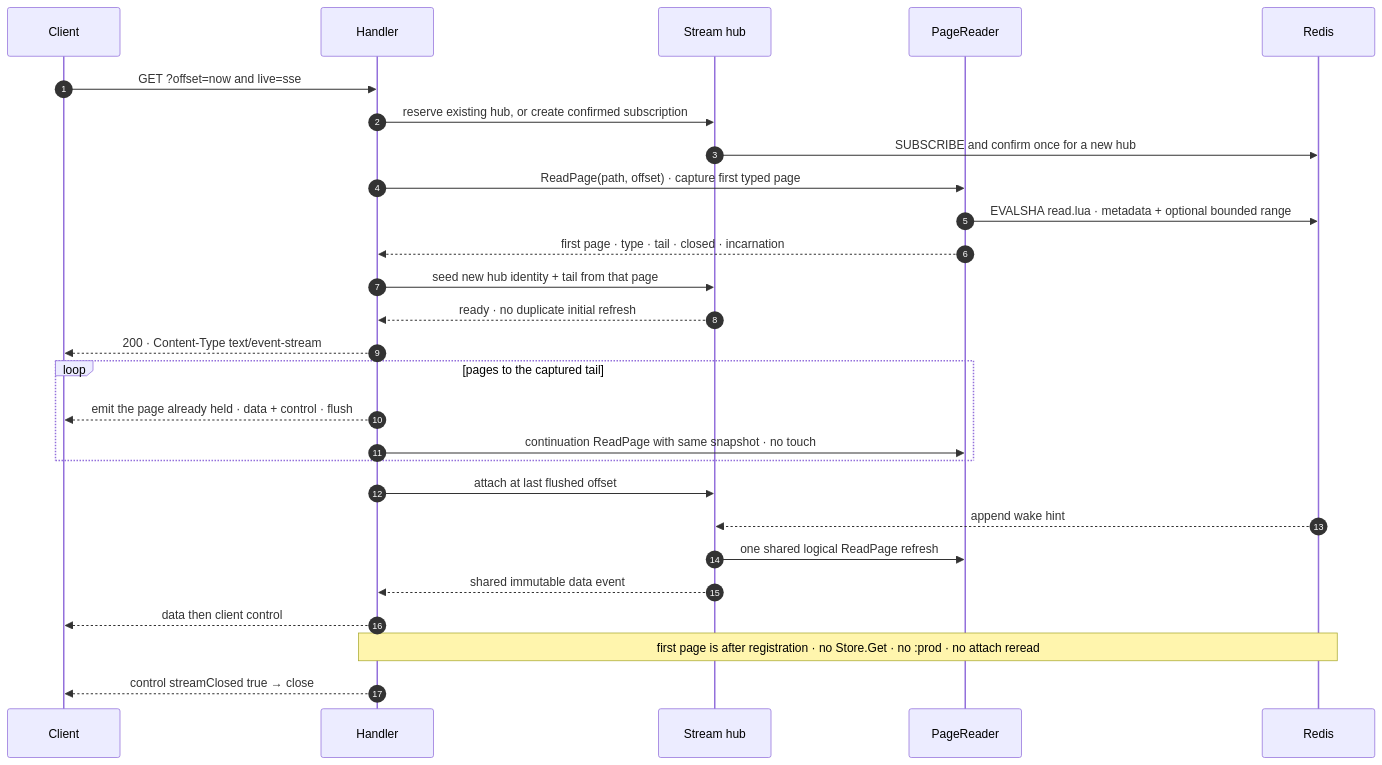
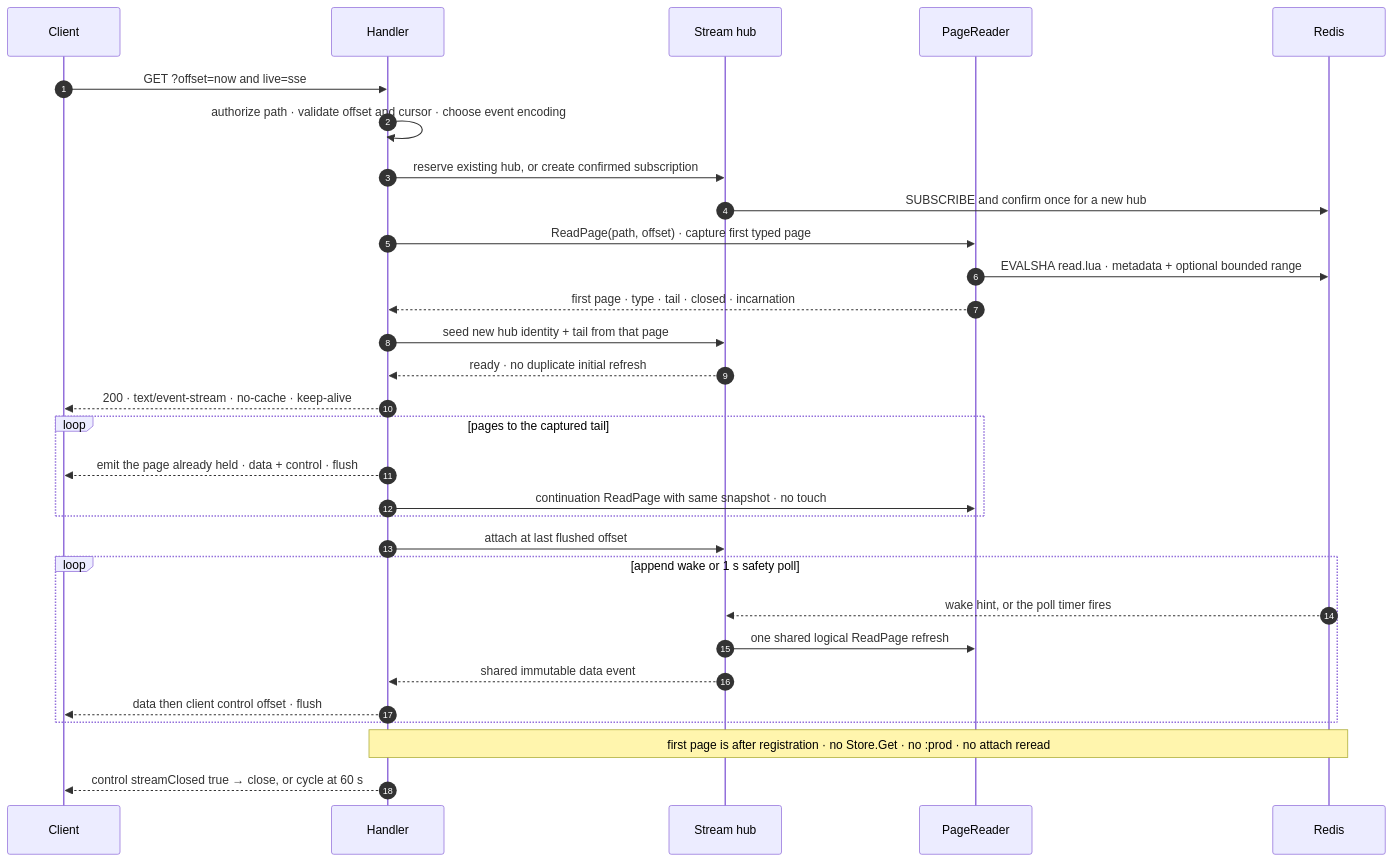
The diagram in docs-site/diagrams/seq-sse.mmd (adityavkk/chronicle), drawn with Mermaid before and after one commit. The commit also changed 35 other files, not shown here.

```diff
--- a/docs-site/diagrams/seq-sse.mmd
+++ b/docs-site/diagrams/seq-sse.mmd
@@ -1,27 +1,30 @@
 sequenceDiagram
     autonumber
     participant C as Client
     participant H as Handler
     participant F as Stream hub
     participant S as PageReader
     participant R as Redis
     C->>H: GET ?offset=now and live=sse
+    H->>H: authorize path · validate offset and cursor · choose event encoding
     H->>F: reserve existing hub, or create confirmed subscription
     F->>R: SUBSCRIBE and confirm once for a new hub
     H->>S: ReadPage(path, offset) · capture first typed page
     S->>R: EVALSHA read.lua · metadata + optional bounded range
     S-->>H: first page · type · tail · closed · incarnation
     H->>F: seed new hub identity + tail from that page
     F-->>H: ready · no duplicate initial refresh
-    H-->>C: 200 · Content-Type text/event-stream
+    H-->>C: 200 · text/event-stream · no-cache · keep-alive
     loop pages to the captured tail
         H-->>C: emit the page already held · data + control · flush
         H->>S: continuation ReadPage with same snapshot · no touch
     end
     H->>F: attach at last flushed offset
-    R-->>F: append wake hint
-    F->>S: one shared logical ReadPage refresh
-    F-->>H: shared immutable data event
-    H-->>C: data then client control
+    loop append wake or 1 s safety poll
+        R-->>F: wake hint, or the poll timer fires
+        F->>S: one shared logical ReadPage refresh
+        F-->>H: shared immutable data event
+        H-->>C: data then client control offset · flush
+    end
     Note over H,R: first page is after registration · no Store.Get · no :prod · no attach reread
-    H-->>C: control streamClosed true → close
+    H-->>C: control streamClosed true → close, or cycle at 60 s
```
